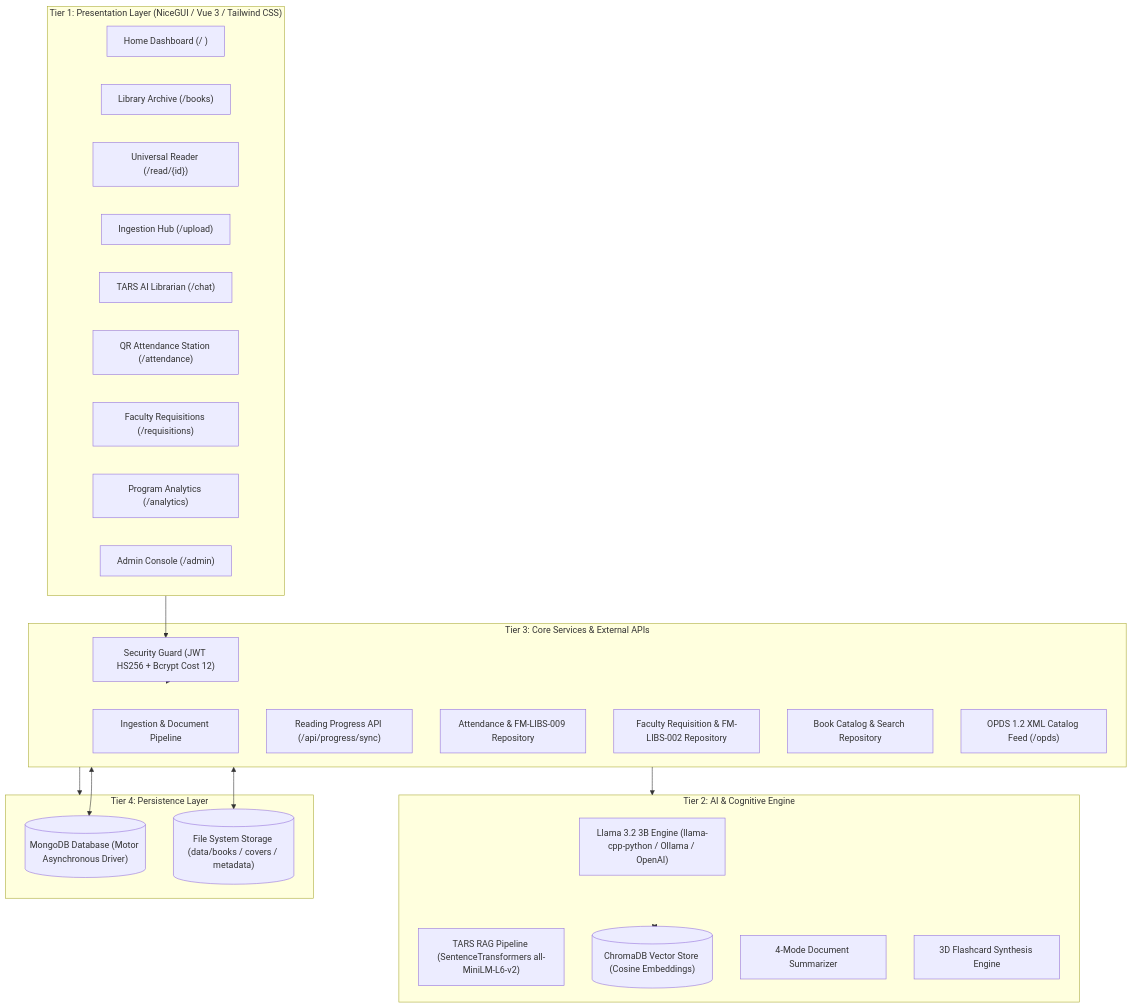
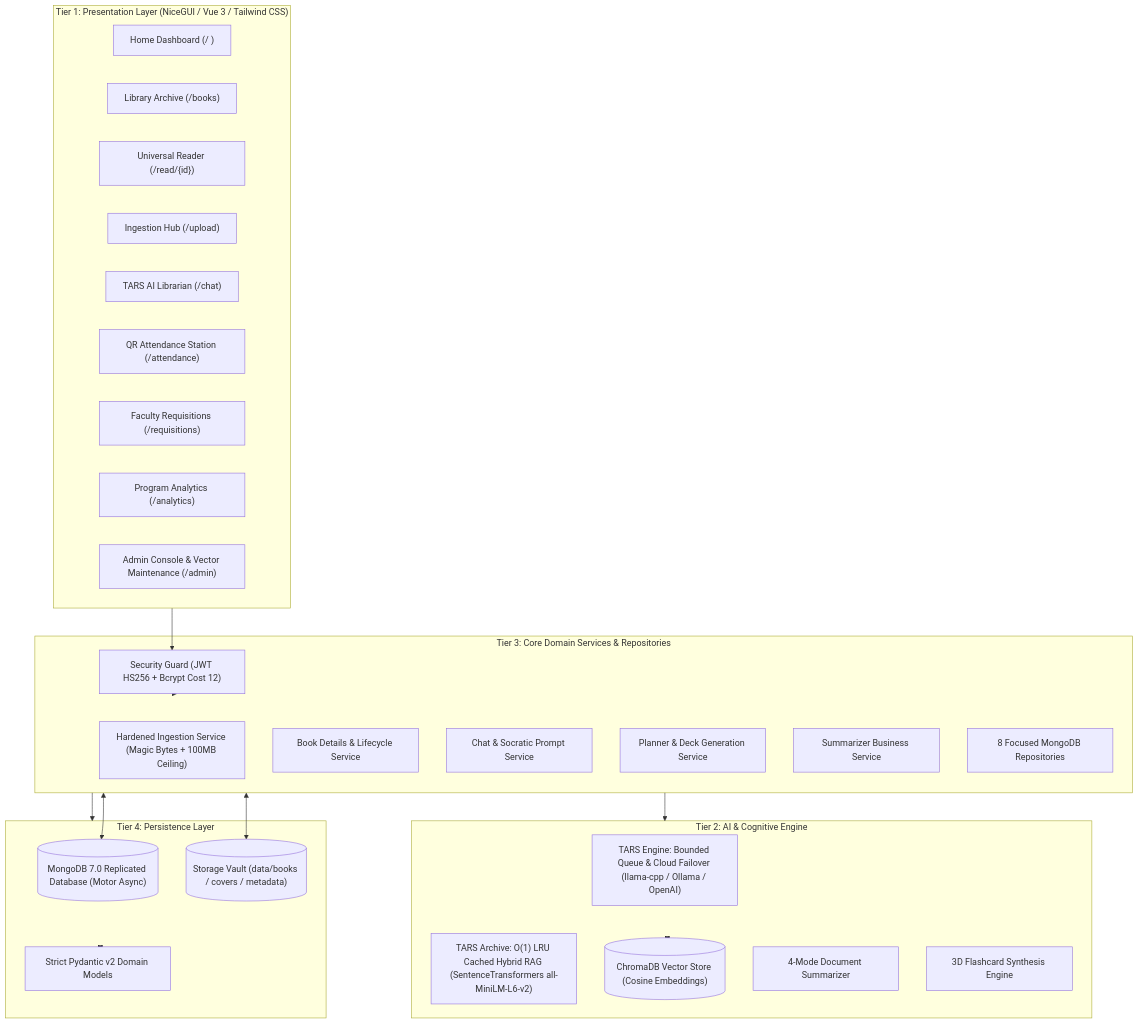
One commit to K1ezy/Kieser-s-Libre-Library changed the diagram in README.md. Above: the diagram before and after it, drawn with Mermaid. The commit also changed other lines of this file and 43 other files, not shown here.

First line of the commit message:
feat: complete 7-phase architecture upgrade, docker orchestration, and documentation

````diff
--- a/README.md
+++ b/README.md
@@ -78,45 +82,47 @@
 ```mermaid
 graph TD
     subgraph Presentation["Tier 1: Presentation Layer (NiceGUI / Vue 3 / Tailwind CSS)"]
         UI_Home["Home Dashboard (/ )"]
         UI_Library["Library Archive (/books)"]
         UI_Reader["Universal Reader (/read/{id})"]
         UI_Ingest["Ingestion Hub (/upload)"]
         UI_Chat["TARS AI Librarian (/chat)"]
         UI_Attendance["QR Attendance Station (/attendance)"]
         UI_Requisitions["Faculty Requisitions (/requisitions)"]
         UI_Analytics["Program Analytics (/analytics)"]
-        UI_Admin["Admin Console (/admin)"]
+        UI_Admin["Admin Console & Vector Maintenance (/admin)"]
     end
 
     subgraph Intelligence["Tier 2: AI & Cognitive Engine"]
-        LLM["Llama 3.2 3B Engine (llama-cpp-python / Ollama / OpenAI)"]
-        RAG["TARS RAG Pipeline (SentenceTransformers all-MiniLM-L6-v2)"]
+        LLM["TARS Engine: Bounded Queue & Cloud Failover (llama-cpp / Ollama / OpenAI)"]
+        RAG["TARS Archive: O(1) LRU Cached Hybrid RAG (SentenceTransformers all-MiniLM-L6-v2)"]
         VectorDB[("ChromaDB Vector Store (Cosine Embeddings)")]
         Summarizer["4-Mode Document Summarizer"]
         Flashcards["3D Flashcard Synthesis Engine"]
     end
 
-    subgraph Business["Tier 3: Core Services & External APIs"]
+    subgraph Business["Tier 3: Core Domain Services & Repositories"]
         AuthService["Security Guard (JWT HS256 + Bcrypt Cost 12)"]
-        IngestService["Ingestion & Document Pipeline"]
-        ProgressRouter["Reading Progress API (/api/progress/sync)"]
-        AttendanceRepo["Attendance & FM-LIBS-009 Repository"]
-        RequisitionRepo["Faculty Requisition & FM-LIBS-002 Repository"]
-        BookRepo["Book Catalog & Search Repository"]
-        OPDSRouter["OPDS 1.2 XML Catalog Feed (/opds)"]
+        IngestService["Hardened Ingestion Service (Magic Bytes + 100MB Ceiling)"]
+        BookDetailsService["Book Details & Lifecycle Service"]
+        ChatService["Chat & Socratic Prompt Service"]
+        PlannerService["Planner & Deck Generation Service"]
+        SummarizerService["Summarizer Business Service"]
+        DomainRepos["8 Focused MongoDB Repositories"]
     end
 
     subgraph Persistence["Tier 4: Persistence Layer"]
-        MongoDB[("MongoDB Database (Motor Asynchronous Driver)")]
-        DocStore[("File System Storage (data/books / covers / metadata)")]
+        MongoDB[("MongoDB 7.0 Replicated Database (Motor Async)")]
+        DocStore[("Storage Vault (data/books / covers / metadata)")]
+        PydanticSchemas["Strict Pydantic v2 Domain Models"]
     end
 
     Presentation --> AuthService
     AuthService --> Business
     Business --> Intelligence
     Business --> Persistence
     Intelligence <--> VectorDB
     Business <--> MongoDB
     Business <--> DocStore
+    Persistence <--> PydanticSchemas
 ```
````
